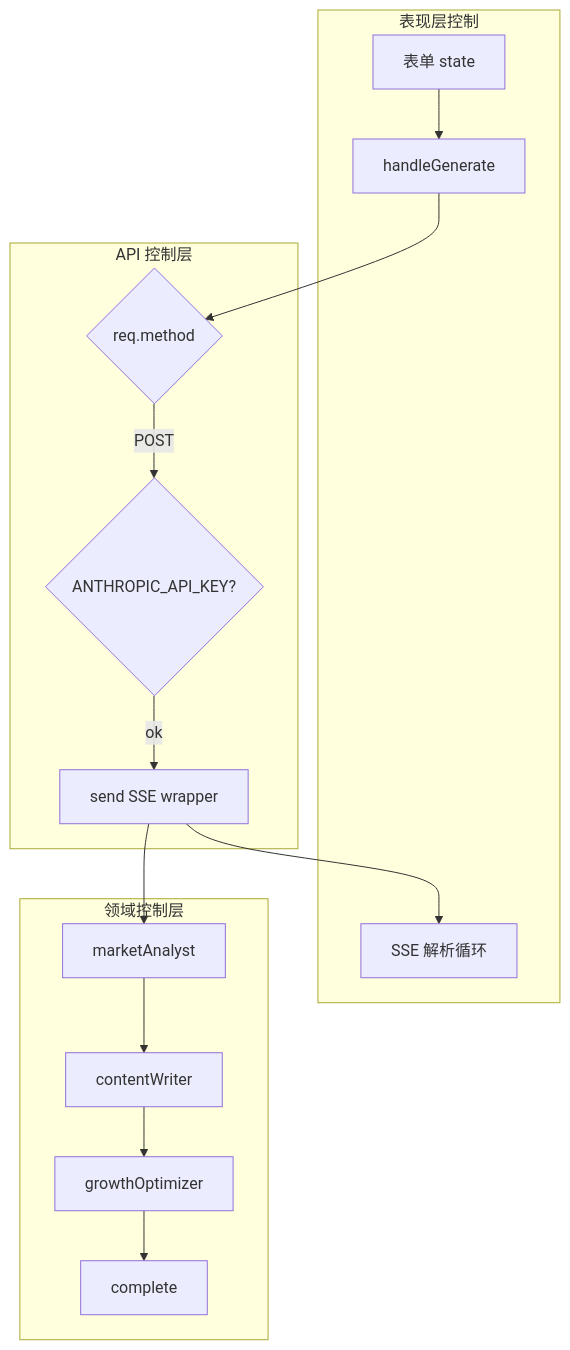
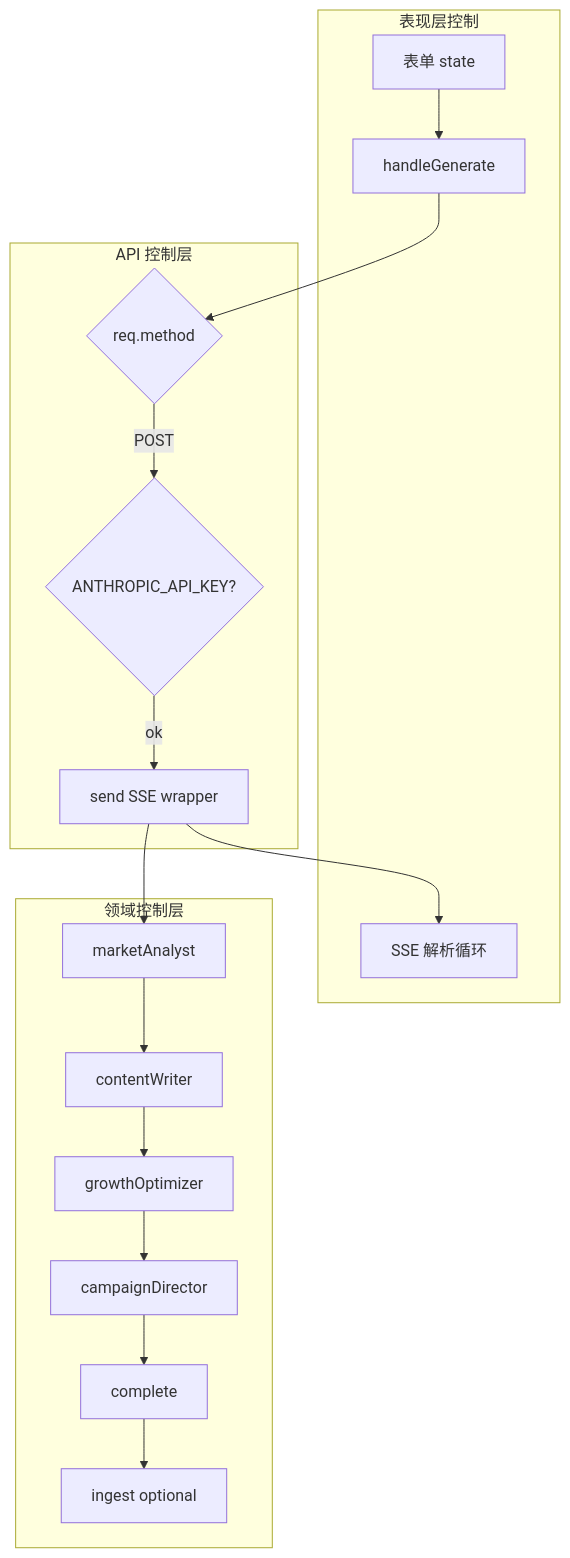
One commit to lqjack/ViralOS changed the first of 3 diagrams in docs/system-control-data-flow.md. Above: the diagram before and after it, drawn with Mermaid. The commit also changed other lines of this file and 33 other files, not shown here.

````diff
--- a/docs/system-control-data-flow.md
+++ b/docs/system-control-data-flow.md
@@ -20,26 +21,28 @@
 ```mermaid
 flowchart TB
   subgraph UI["表现层控制"]
     F[表单 state]
     G[handleGenerate]
     P[SSE 解析循环]
   end
 
   subgraph API["API 控制层"]
     M{req.method}
     K{ANTHROPIC_API_KEY?}
     S[send SSE wrapper]
   end
 
   subgraph ENG["领域控制层"]
     A1[marketAnalyst]
     A2[contentWriter]
     A3[growthOptimizer]
+    A4[campaignDirector]
     C[complete]
+    IG[ingest optional]
   end
 
   F --> G --> M
   M -->|POST| K
-  K -->|ok| S --> A1 --> A2 --> A3 --> C
+  K -->|ok| S --> A1 --> A2 --> A3 --> A4 --> C --> IG
   S --> P
 ```
````
